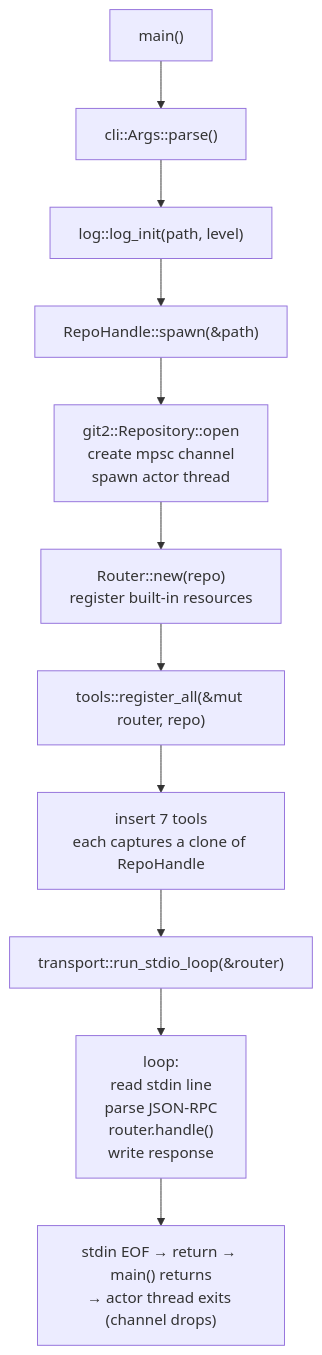
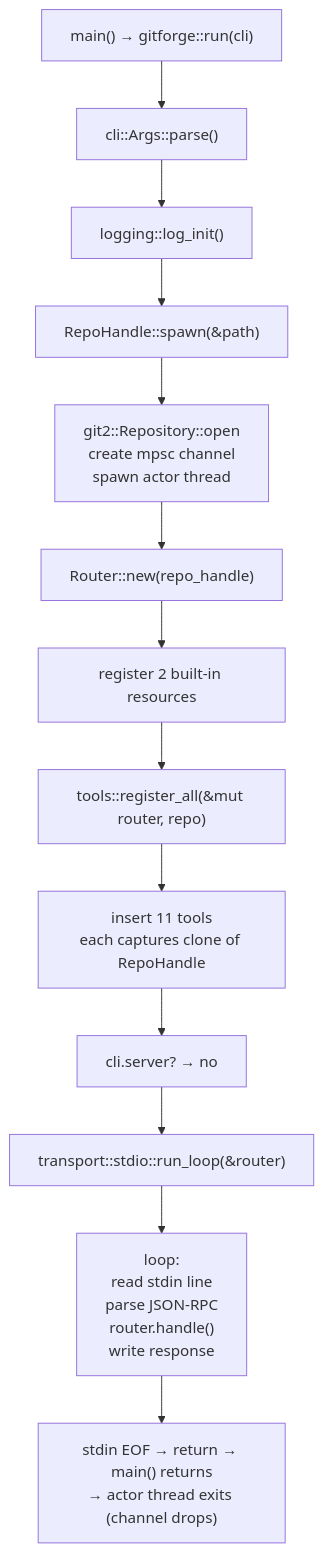
Before and after one commit to pritam12426/gitforge: the second of 9 diagrams in DEV_IN_DEPTH.md, drawn with Mermaid. The commit also changed other lines of this file and 46 other files, not shown here.

First line of the commit message:
refactor: restructure to library crate, add HTTP transport and 4 git tools

````diff
--- a/DEV_IN_DEPTH.md
+++ b/DEV_IN_DEPTH.md
@@ -74,13 +102,15 @@
 ```mermaid
 flowchart TD
-    A["main()"] --> B["cli::Args::parse()"]
-    B --> C["log::log_init(path, level)"]
+    A["main() → gitforge::run(cli)"] --> B["cli::Args::parse()"]
+    B --> C["logging::log_init()"]
     C --> D["RepoHandle::spawn(&path)"]
     D --> E["git2::Repository::open<br/>create mpsc channel<br/>spawn actor thread"]
-    E --> F["Router::new(repo)<br/>register built-in resources"]
-    F --> G["tools::register_all(&mut router, repo)"]
-    G --> H["insert 7 tools<br/>each captures a clone of RepoHandle"]
-    H --> I["transport::run_stdio_loop(&router)"]
-    I --> J["loop:<br/>read stdin line<br/>parse JSON-RPC<br/>router.handle()<br/>write response"]
-    J --> K["stdin EOF → return → main() returns<br/>→ actor thread exits (channel drops)"]
+    E --> F["Router::new(repo_handle)"]
+    F --> G["register 2 built-in resources"]
+    G --> H["tools::register_all(&mut router, repo)"]
+    H --> I["insert 11 tools<br/>each captures clone of RepoHandle"]
+    I --> J["cli.server? → no"]
+    J --> K["transport::stdio::run_loop(&router)"]
+    K --> L["loop:<br/>read stdin line<br/>parse JSON-RPC<br/>router.handle()<br/>write response"]
+    L --> M["stdin EOF → return → main() returns<br/>→ actor thread exits (channel drops)"]
 ```
````
